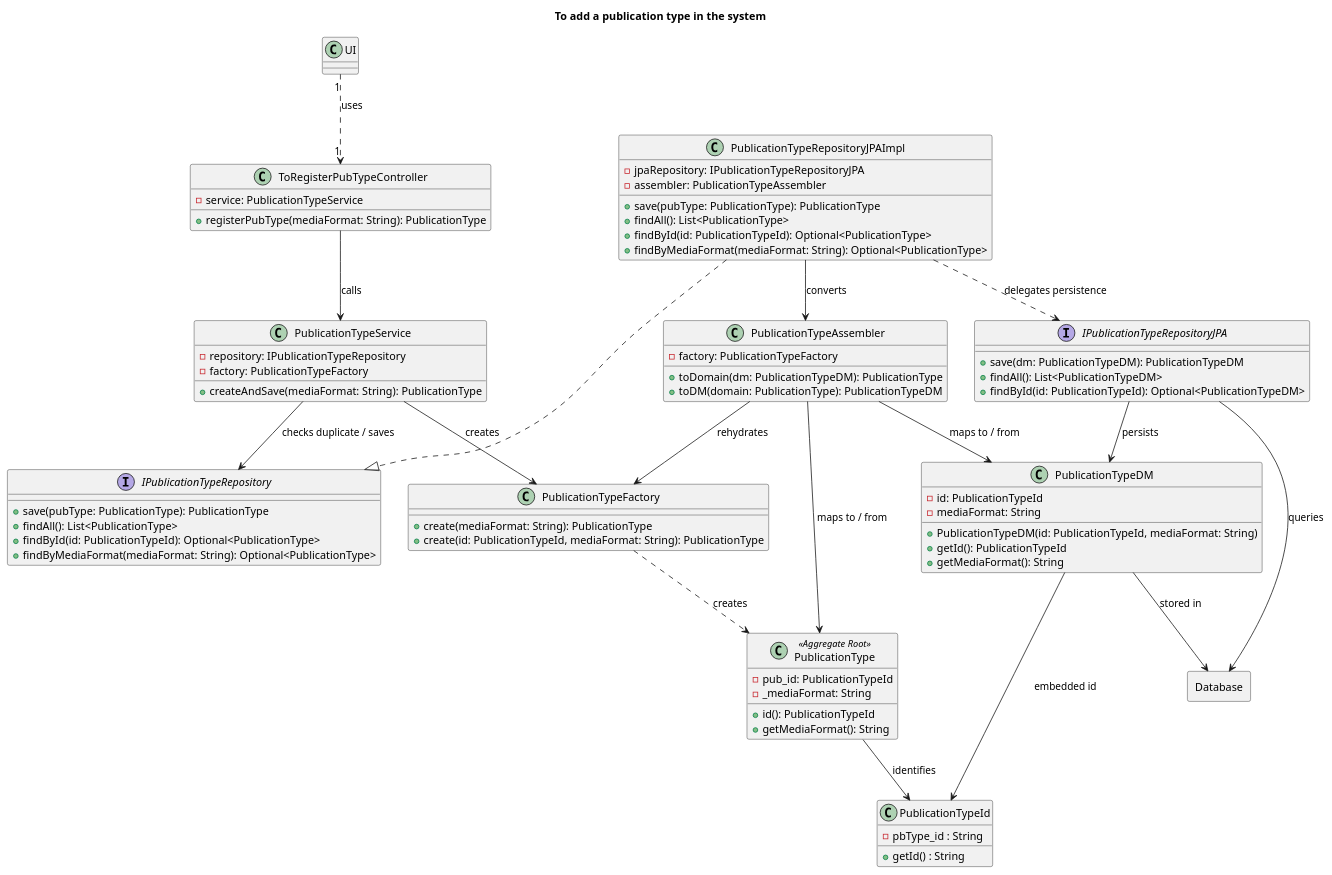
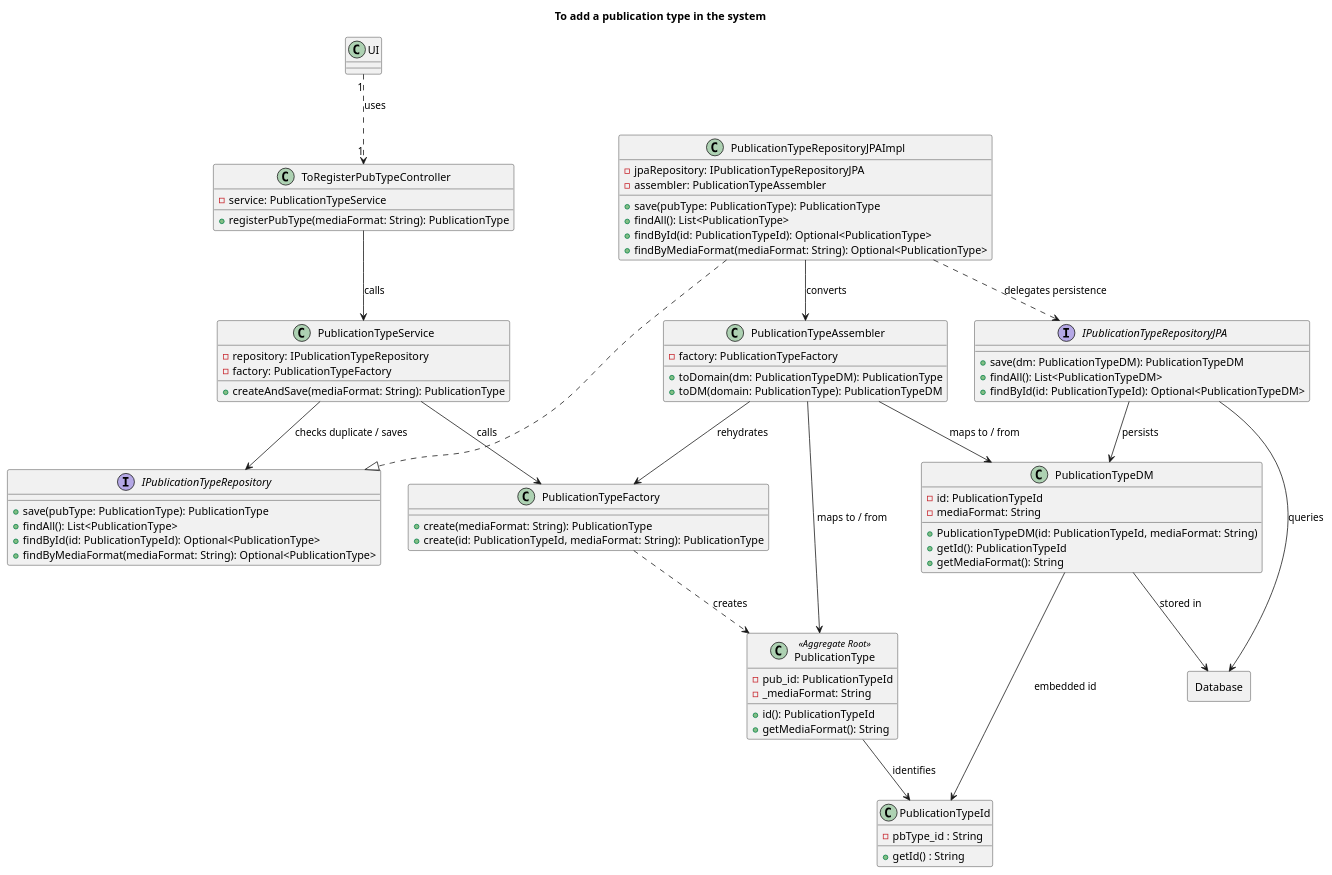
The diagram in Diagrams/ClassDiagrams/To-register-a-publication-type.puml (AndrePereiraGitH/SWitCH-Project-Team_A), drawn with PlantUML before and after one commit. The commit also changed 4 other files, not shown here.

Commit message:
fix: fixed minor issues in diagrams #753 #771

```diff
--- a/Diagrams/ClassDiagrams/To-register-a-publication-type.puml
+++ b/Diagrams/ClassDiagrams/To-register-a-publication-type.puml
@@ -1,95 +1,95 @@
 @startuml
 title To add a publication type in the system
 
 class UI
 
 class ToRegisterPubTypeController {
   - service: PublicationTypeService
   + registerPubType(mediaFormat: String): PublicationType
 }
 
 class PublicationTypeService {
   - repository: IPublicationTypeRepository
   - factory: PublicationTypeFactory
   + createAndSave(mediaFormat: String): PublicationType
 }
 
 interface IPublicationTypeRepository {
   + save(pubType: PublicationType): PublicationType
   + findAll(): List<PublicationType>
   + findById(id: PublicationTypeId): Optional<PublicationType>
   + findByMediaFormat(mediaFormat: String): Optional<PublicationType>
 }
 
 class PublicationTypeRepositoryJPAImpl {
   - jpaRepository: IPublicationTypeRepositoryJPA
   - assembler: PublicationTypeAssembler
   + save(pubType: PublicationType): PublicationType
   + findAll(): List<PublicationType>
   + findById(id: PublicationTypeId): Optional<PublicationType>
   + findByMediaFormat(mediaFormat: String): Optional<PublicationType>
 }
 
 interface IPublicationTypeRepositoryJPA {
   + save(dm: PublicationTypeDM): PublicationTypeDM
   + findAll(): List<PublicationTypeDM>
   + findById(id: PublicationTypeId): Optional<PublicationTypeDM>
 }
 
 class PublicationTypeAssembler {
   - factory: PublicationTypeFactory
   + toDomain(dm: PublicationTypeDM): PublicationType
   + toDM(domain: PublicationType): PublicationTypeDM
 }
 
 class PublicationTypeFactory {
   + create(mediaFormat: String): PublicationType
   + create(id: PublicationTypeId, mediaFormat: String): PublicationType
 }
 
 class PublicationType <<Aggregate Root>> {
   - pub_id: PublicationTypeId
   - _mediaFormat: String
   + id(): PublicationTypeId
   + getMediaFormat(): String
 }
 
 class PublicationTypeDM {
   - id: PublicationTypeId
   - mediaFormat: String
   + PublicationTypeDM(id: PublicationTypeId, mediaFormat: String)
   + getId(): PublicationTypeId
   + getMediaFormat(): String
 }
 
 class PublicationTypeId {
   -pbType_id : String
   +getId() : String
 }
 
 Rectangle Database {
 }
 
 UI "1" ..> "1" ToRegisterPubTypeController : uses
 
 ToRegisterPubTypeController --> PublicationTypeService : calls
 PublicationTypeService --> IPublicationTypeRepository : checks duplicate / saves
-PublicationTypeService --> PublicationTypeFactory : creates
+PublicationTypeService --> PublicationTypeFactory : calls
 
 PublicationTypeRepositoryJPAImpl ..|> IPublicationTypeRepository
 PublicationTypeRepositoryJPAImpl ..> IPublicationTypeRepositoryJPA : delegates persistence
 PublicationTypeRepositoryJPAImpl --> PublicationTypeAssembler : converts
 
 IPublicationTypeRepositoryJPA --> PublicationTypeDM : persists
 PublicationTypeAssembler --> PublicationTypeFactory : rehydrates
 PublicationTypeAssembler --> PublicationTypeDM : maps to / from
 PublicationTypeAssembler --> PublicationType : maps to / from
 
 PublicationTypeFactory ..> PublicationType : creates
 PublicationType --> PublicationTypeId : identifies
 PublicationTypeDM --> PublicationTypeId : embedded id
 
 IPublicationTypeRepositoryJPA --> Database : queries
 PublicationTypeDM --> Database : stored in
 
 @enduml
```
